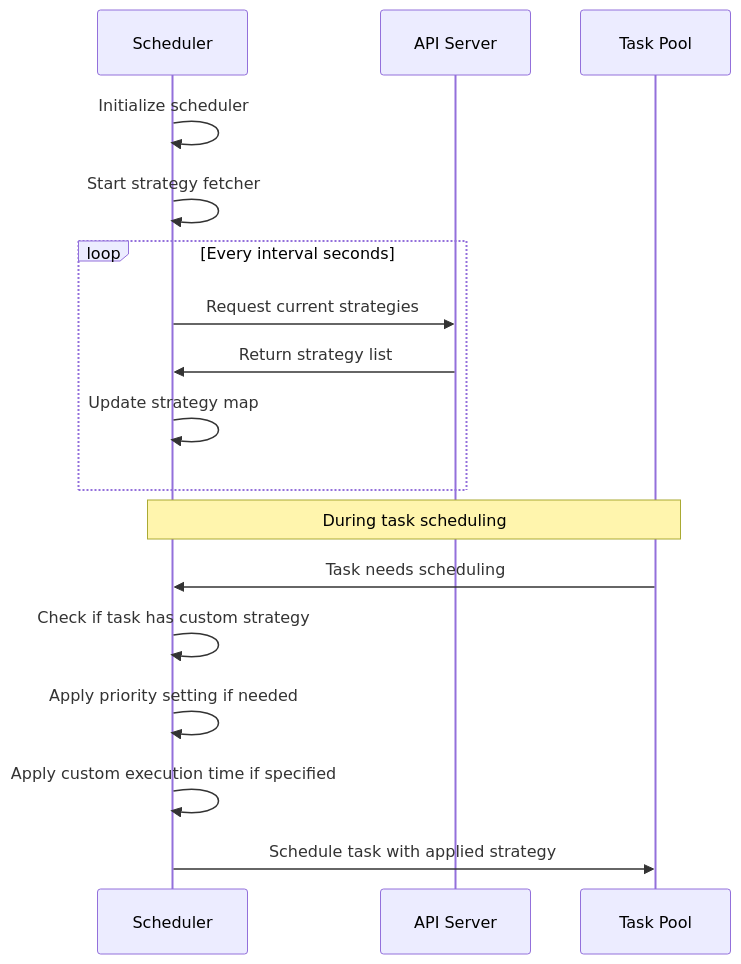
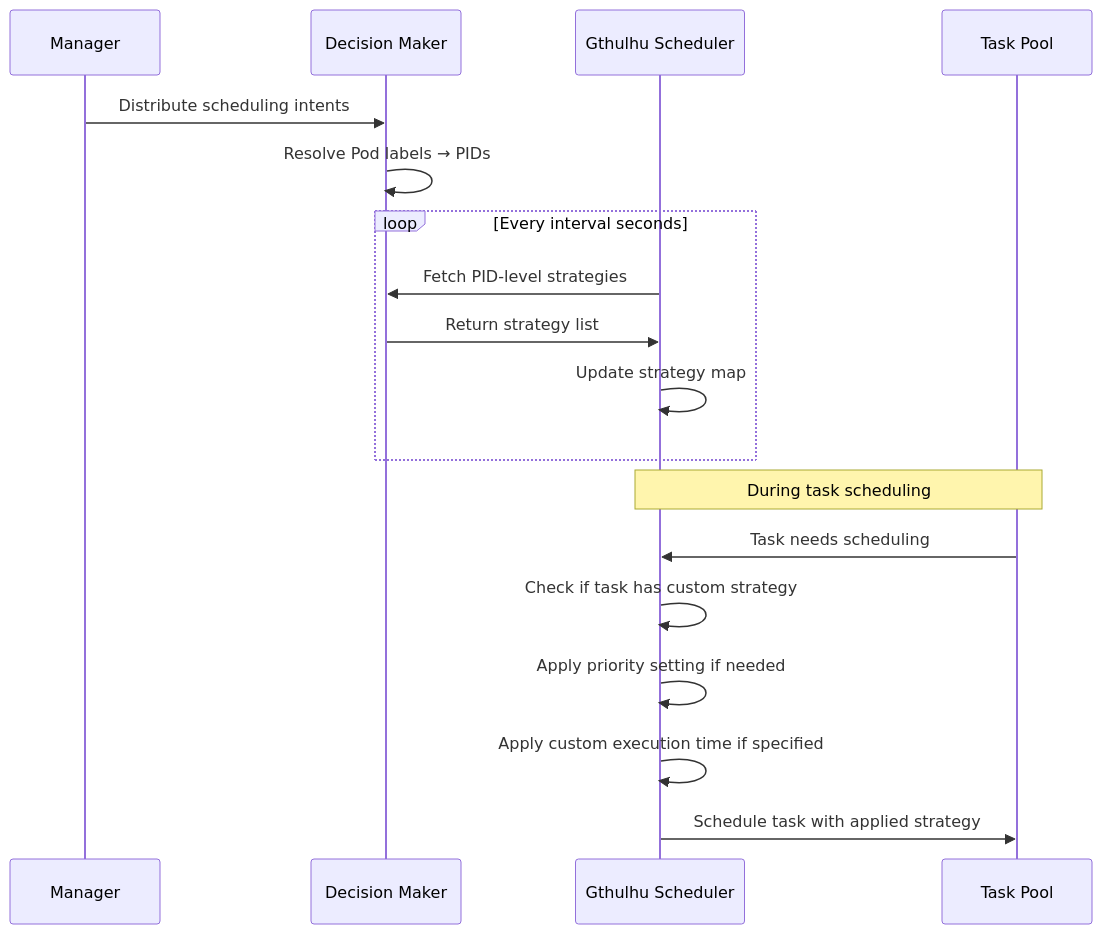
Before and after one commit to Gthulhu/docs: the fifth of 6 diagrams in docs/how-it-works.md, drawn with Mermaid. The commit also changed other lines of this file and 1 other file, not shown here.

First line of the commit message:
Update how-it-works page (EN/ZH) with current architecture

````diff
--- a/docs/how-it-works.md
+++ b/docs/how-it-works.md
@@ -141,22 +254,23 @@
 ```mermaid
 sequenceDiagram
-    participant S as Scheduler
-    participant A as API Server
+    participant M as Manager
+    participant DM as Decision Maker
+    participant S as Gthulhu Scheduler
     participant T as Task Pool
-    
-    S->>S: Initialize scheduler
-    S->>S: Start strategy fetcher
-    
+
+    M->>DM: Distribute scheduling intents
+    DM->>DM: Resolve Pod labels → PIDs
+
     loop Every interval seconds
-        S->>A: Request current strategies
-        A->>S: Return strategy list
+        S->>DM: Fetch PID-level strategies
+        DM->>S: Return strategy list
         S->>S: Update strategy map
     end
-    
+
     Note over S,T: During task scheduling
     T->>S: Task needs scheduling
     S->>S: Check if task has custom strategy
     S->>S: Apply priority setting if needed
     S->>S: Apply custom execution time if specified
     S->>T: Schedule task with applied strategy
 ```
````
